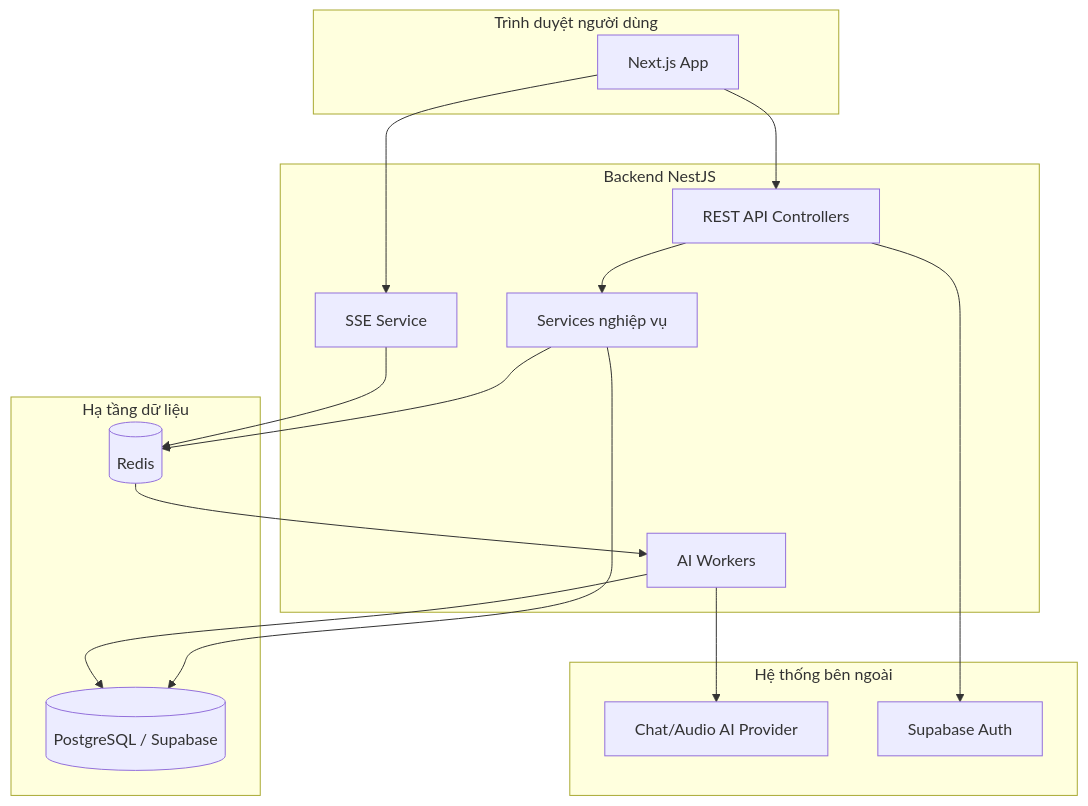
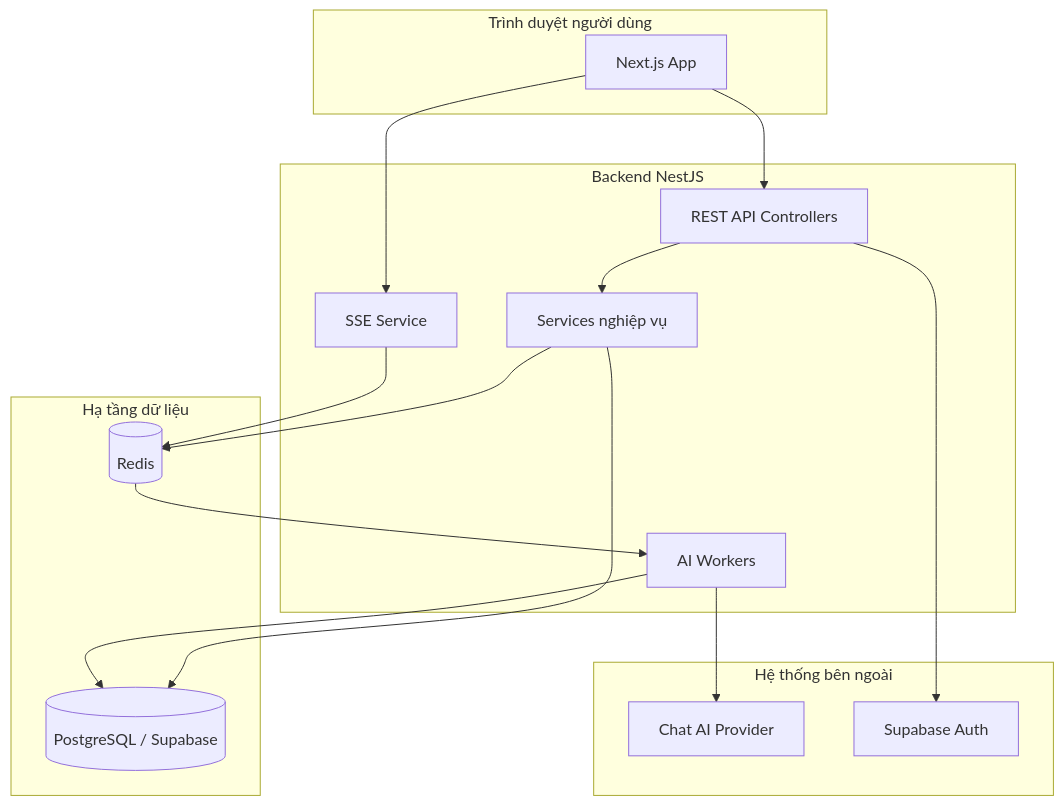
The third of 16 diagrams in docs/final_report/Chuong4.md (lethanhan01/interview-coach), drawn with Mermaid before and after one commit. The commit also changed other lines of this file and 5 other files, not shown here.

````diff
--- a/docs/final_report/Chuong4.md
+++ b/docs/final_report/Chuong4.md
@@ -97,34 +96,34 @@
 ```mermaid
 flowchart TB
     subgraph Browser[Trình duyệt người dùng]
         Web[Next.js App]
     end
 
     subgraph Server[Backend NestJS]
         Api[REST API Controllers]
         Domain[Services nghiệp vụ]
         Workers[AI Workers]
         Events[SSE Service]
     end
 
     subgraph Data[Hạ tầng dữ liệu]
         Pg[(PostgreSQL / Supabase)]
         Redis[(Redis)]
     end
 
     subgraph External[Hệ thống bên ngoài]
-        AiProvider[Chat/Audio AI Provider]
+        AiProvider[Chat AI Provider]
         SupabaseAuth[Supabase Auth]
     end
 
     Web --> Api
     Web --> Events
     Api --> Domain
     Domain --> Pg
     Domain --> Redis
     Redis --> Workers
     Workers --> Pg
     Workers --> AiProvider
     Events --> Redis
     Api --> SupabaseAuth
 ```
````
